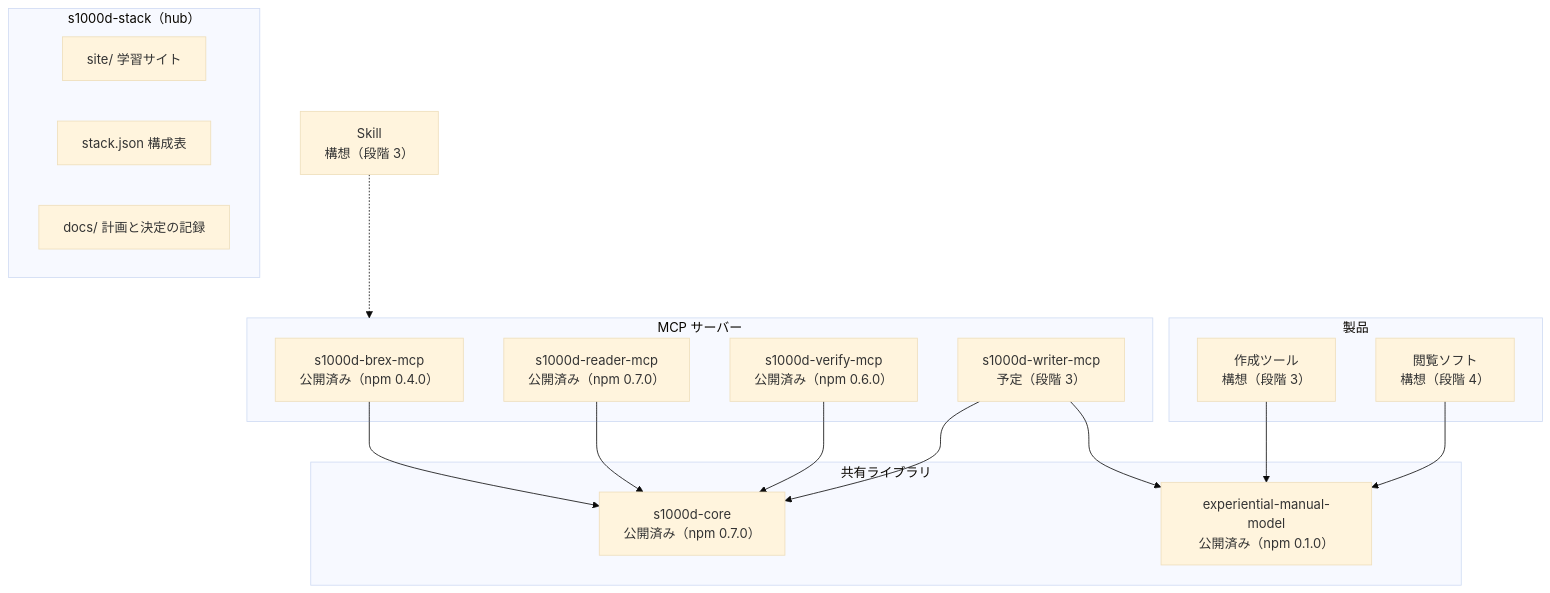
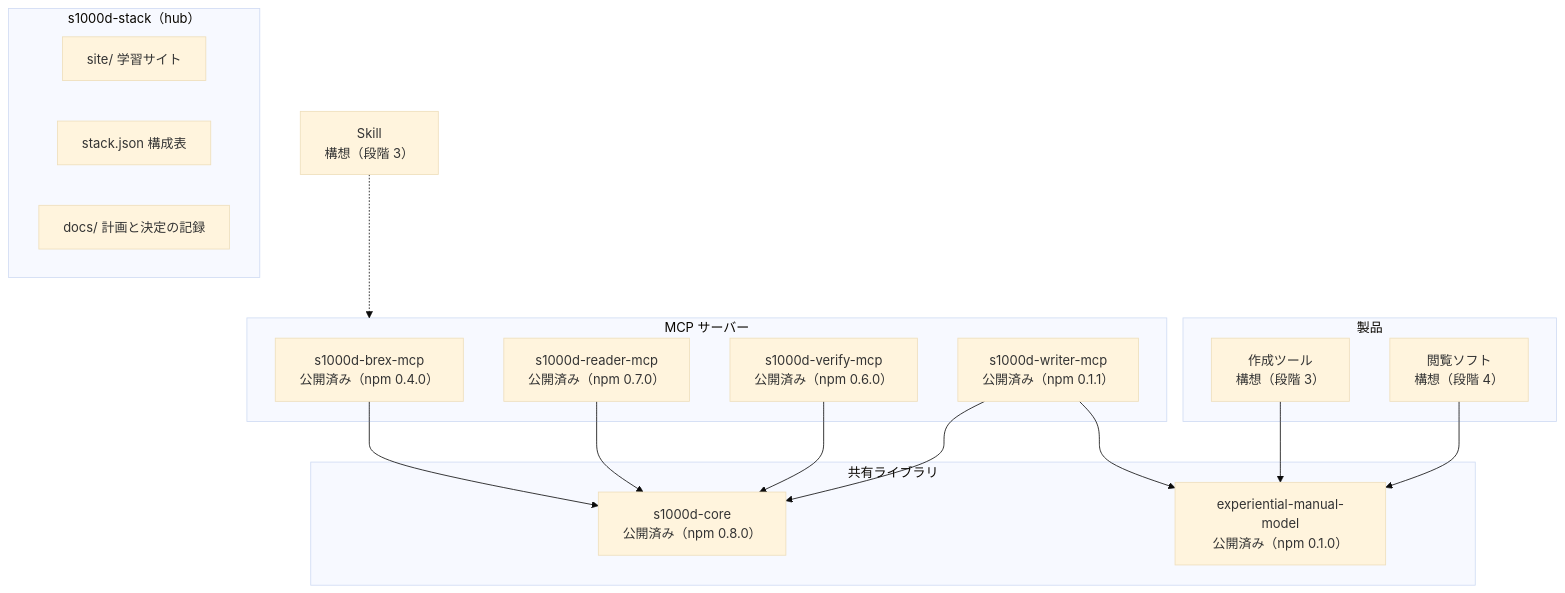
Before and after one commit to shuji-bonji/s1000d-stack: the diagram in site/src/content/docs/ja/guide/architecture.md, drawn with Mermaid (base theme). The commit also changed other lines of this file and 24 other files, not shown here.

Commit message:
fix:  s1000d-writer-mcp リリースとv0.1.1への追随

````diff
--- a/site/src/content/docs/ja/guide/architecture.md
+++ b/site/src/content/docs/ja/guide/architecture.md
@@ -10,31 +10,31 @@
 ```mermaid
 flowchart TB
   subgraph Hub["s1000d-stack（hub）"]
     SITE["site/ 学習サイト"]
     STACK["stack.json 構成表"]
     DOCS["docs/ 計画と決定の記録"]
   end
   subgraph Lib["共有ライブラリ"]
-    CORE["s1000d-core<br/>公開済み（npm 0.7.0）"]
+    CORE["s1000d-core<br/>公開済み（npm 0.8.0）"]
     MODEL["experiential-manual-model<br/>公開済み（npm 0.1.0）"]
   end
   subgraph Mcp["MCP サーバー"]
     BREX["s1000d-brex-mcp<br/>公開済み（npm 0.4.0）"]
     R["s1000d-reader-mcp<br/>公開済み（npm 0.7.0）"]
     V["s1000d-verify-mcp<br/>公開済み（npm 0.6.0）"]
-    W["s1000d-writer-mcp<br/>予定（段階 3）"]
+    W["s1000d-writer-mcp<br/>公開済み（npm 0.1.1）"]
   end
   subgraph App["製品"]
     ED["作成ツール<br/>構想（段階 3）"]
     VW["閲覧ソフト<br/>構想（段階 4）"]
   end
   SK["Skill<br/>構想（段階 3）"]
   BREX --> CORE
   R --> CORE
   V --> CORE
   W --> CORE
   W --> MODEL
   ED --> MODEL
   VW --> MODEL
   SK -.-> Mcp
 ```
````
